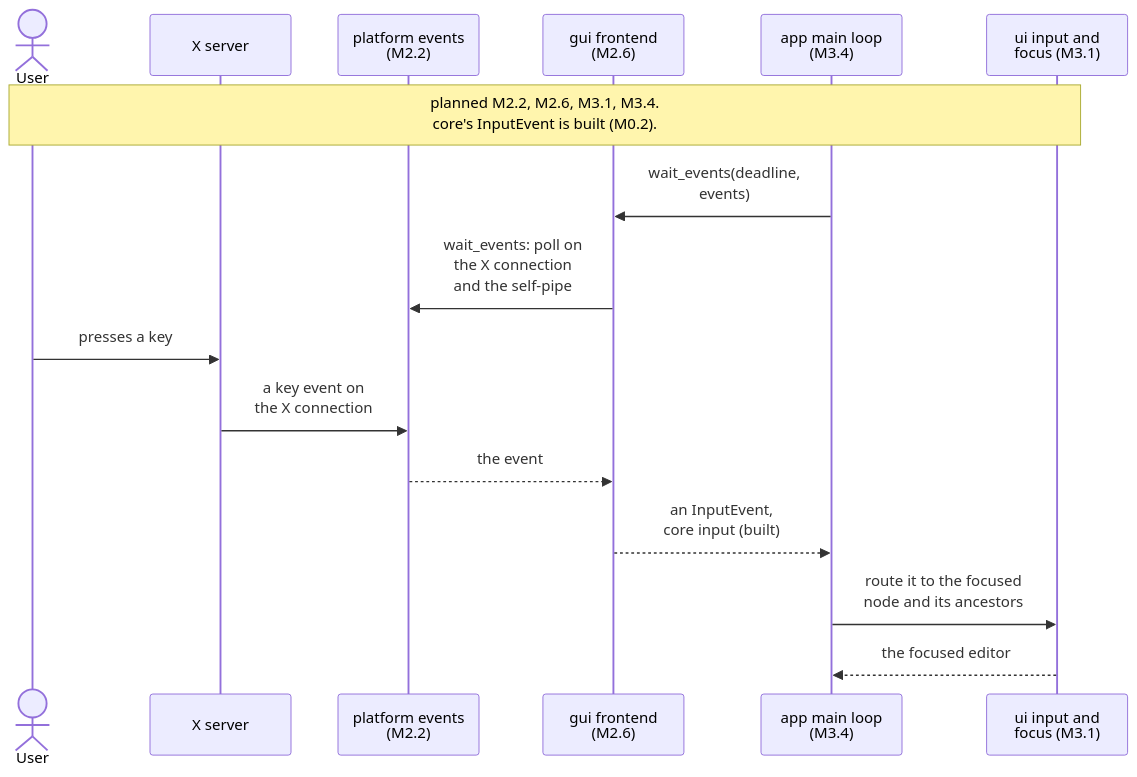
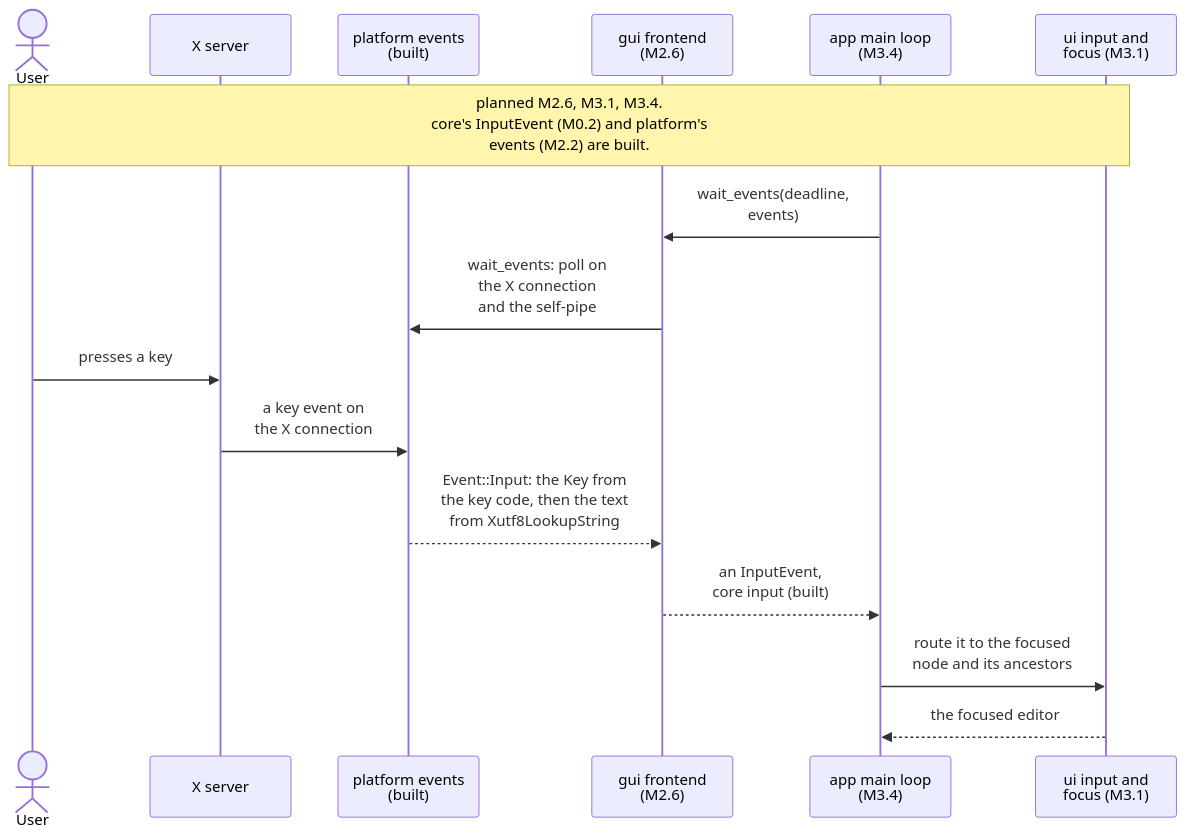
One commit to jabbott-iii/Tidepool changed the tenth of 21 diagrams in diagrams/sequence-diagrams.md. Above: the diagram before and after it, drawn with Mermaid. The commit also changed other lines of this file and 45 other files, not shown here.

````diff
--- a/diagrams/sequence-diagrams.md
+++ b/diagrams/sequence-diagrams.md
@@ -512,19 +513,19 @@
 ```mermaid
 sequenceDiagram
     actor User
     participant Disp as X server
-    participant Plat as platform events<br/>(M2.2)
+    participant Plat as platform events<br/>(built)
     participant Fe as gui frontend<br/>(M2.6)
     participant ML as app main loop<br/>(M3.4)
     participant Ui as ui input and<br/>focus (M3.1)
 
-    Note over User,Ui: planned M2.2, M2.6, M3.1, M3.4.<br/>core's InputEvent is built (M0.2).
+    Note over User,Ui: planned M2.6, M3.1, M3.4.<br/>core's InputEvent (M0.2) and platform's<br/>events (M2.2) are built.
     ML->>Fe: wait_events(deadline,<br/>events)
     Fe->>Plat: wait_events: poll on<br/>the X connection<br/>and the self-pipe
     User->>Disp: presses a key
     Disp->>Plat: a key event on<br/>the X connection
-    Plat-->>Fe: the event
+    Plat-->>Fe: Event::Input: the Key from<br/>the key code, then the text<br/>from Xutf8LookupString
     Fe-->>ML: an InputEvent,<br/>core input (built)
     ML->>Ui: route it to the focused<br/>node and its ancestors
     Ui-->>ML: the focused editor
 ```
````
